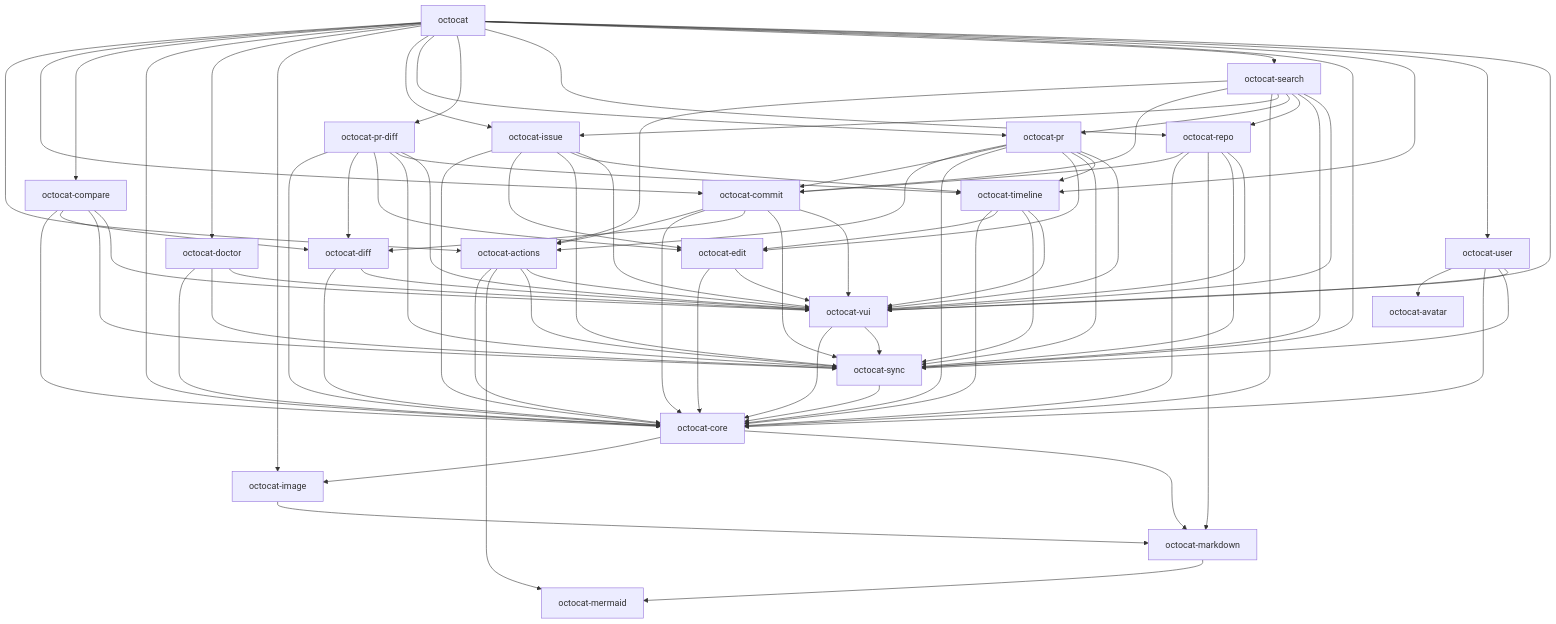
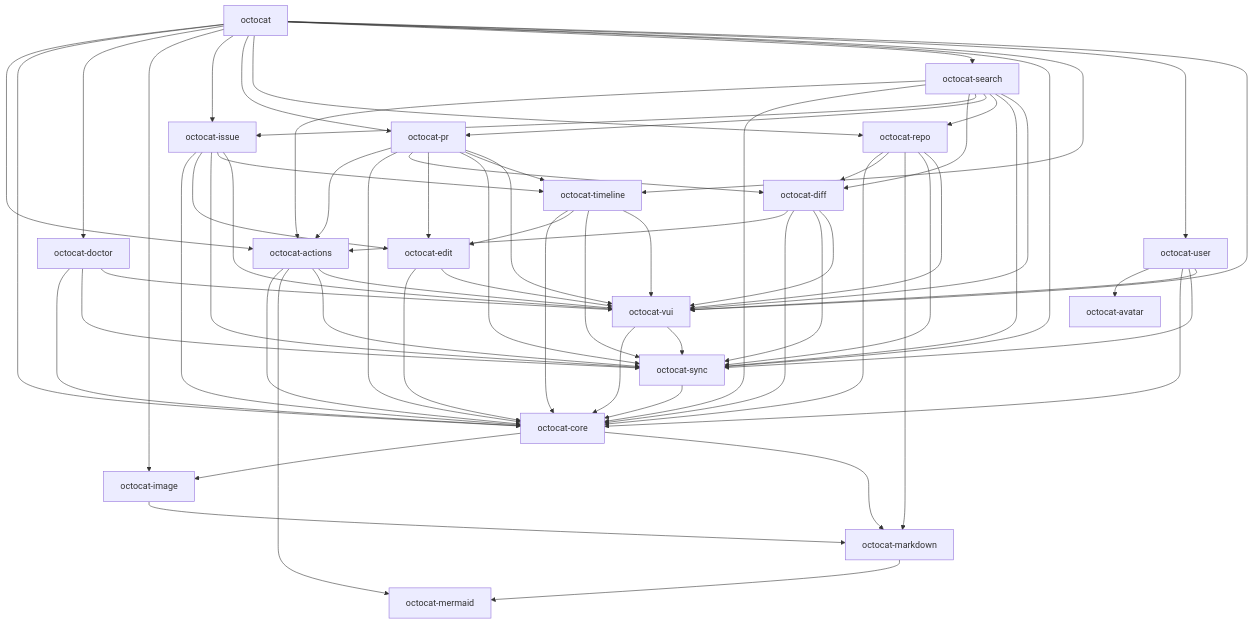
Before and after one commit to razzmatazz/octocat.el: the first of 2 diagrams in docs/architecture.md, drawn with Mermaid. The commit also changed other lines of this file and 17 other files, not shown here.

First line of the commit message:
Fold the commit and compare pages into octocat-diff, the PR diff into octocat-pr

```diff
--- a/docs/architecture.md
+++ b/docs/architecture.md
@@ -49,8 +50,6 @@
 flowchart TD
   octocat_actions[octocat-actions]
   octocat_avatar[octocat-avatar]
-  octocat_commit[octocat-commit]
-  octocat_compare[octocat-compare]
   octocat_core[octocat-core]
   octocat_diff[octocat-diff]
   octocat_doctor[octocat-doctor]
@@ -59,7 +58,6 @@
   octocat_issue[octocat-issue]
   octocat_markdown[octocat-markdown]
   octocat_mermaid[octocat-mermaid]
-  octocat_pr_diff[octocat-pr-diff]
   octocat_pr[octocat-pr]
   octocat_repo[octocat-repo]
   octocat_search[octocat-search]
@@ -72,18 +70,11 @@
   octocat_actions --> octocat_mermaid
   octocat_actions --> octocat_sync
   octocat_actions --> octocat_vui
-  octocat_commit --> octocat_actions
-  octocat_commit --> octocat_core
-  octocat_commit --> octocat_diff
-  octocat_commit --> octocat_sync
-  octocat_commit --> octocat_vui
-  octocat_compare --> octocat_core
-  octocat_compare --> octocat_diff
-  octocat_compare --> octocat_sync
-  octocat_compare --> octocat_vui
   octocat_core --> octocat_image
   octocat_core --> octocat_markdown
+  octocat_diff --> octocat_actions
   octocat_diff --> octocat_core
+  octocat_diff --> octocat_sync
   octocat_diff --> octocat_vui
   octocat_doctor --> octocat_core
   octocat_doctor --> octocat_sync
@@ -97,27 +88,21 @@
   octocat_issue --> octocat_timeline
   octocat_issue --> octocat_vui
   octocat_markdown --> octocat_mermaid
-  octocat_pr_diff --> octocat_core
-  octocat_pr_diff --> octocat_diff
-  octocat_pr_diff --> octocat_edit
-  octocat_pr_diff --> octocat_sync
-  octocat_pr_diff --> octocat_timeline
-  octocat_pr_diff --> octocat_vui
   octocat_pr --> octocat_actions
-  octocat_pr --> octocat_commit
   octocat_pr --> octocat_core
+  octocat_pr --> octocat_diff
   octocat_pr --> octocat_edit
   octocat_pr --> octocat_sync
   octocat_pr --> octocat_timeline
   octocat_pr --> octocat_vui
-  octocat_repo --> octocat_commit
   octocat_repo --> octocat_core
+  octocat_repo --> octocat_diff
   octocat_repo --> octocat_markdown
   octocat_repo --> octocat_sync
   octocat_repo --> octocat_vui
   octocat_search --> octocat_actions
-  octocat_search --> octocat_commit
   octocat_search --> octocat_core
+  octocat_search --> octocat_diff
   octocat_search --> octocat_issue
   octocat_search --> octocat_pr
   octocat_search --> octocat_repo
@@ -135,14 +120,11 @@
   octocat_vui --> octocat_core
   octocat_vui --> octocat_sync
   octocat --> octocat_actions
-  octocat --> octocat_commit
-  octocat --> octocat_compare
   octocat --> octocat_core
   octocat --> octocat_doctor
   octocat --> octocat_image
   octocat --> octocat_issue
   octocat --> octocat_pr
-  octocat --> octocat_pr_diff
   octocat --> octocat_repo
   octocat --> octocat_search
   octocat --> octocat_sync
```
